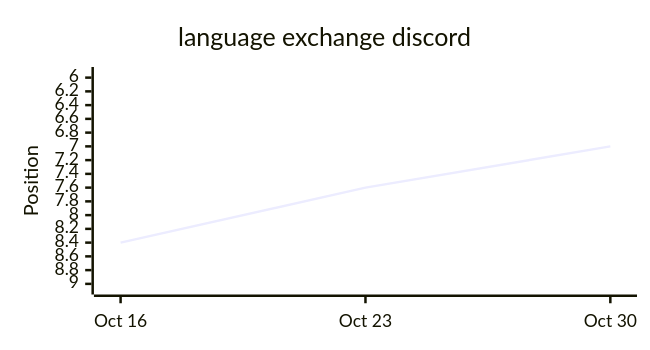
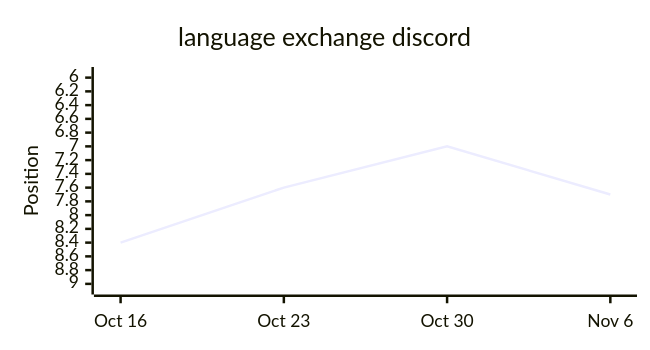
Before and after one commit to langx/website: diagram 12 of 13 in latest.md, drawn with Mermaid. The commit also changed other lines of this file and 2 other files, not shown here.

````diff
--- a/latest.md
+++ b/latest.md
@@ -186,13 +186,13 @@
 ```mermaid
 ---
 config:
   xyChart:
     width: 500
     height: 260
 ---
 xychart-beta
   title "language exchange discord"
-  x-axis ["Oct 16", "Oct 23", "Oct 30"]
+  x-axis ["Oct 16", "Oct 23", "Oct 30", "Nov 6"]
   y-axis "Position" 9 --> 6
-  line [8.4, 7.6, 7]
+  line [8.4, 7.6, 7, 7.7]
 ```
````
